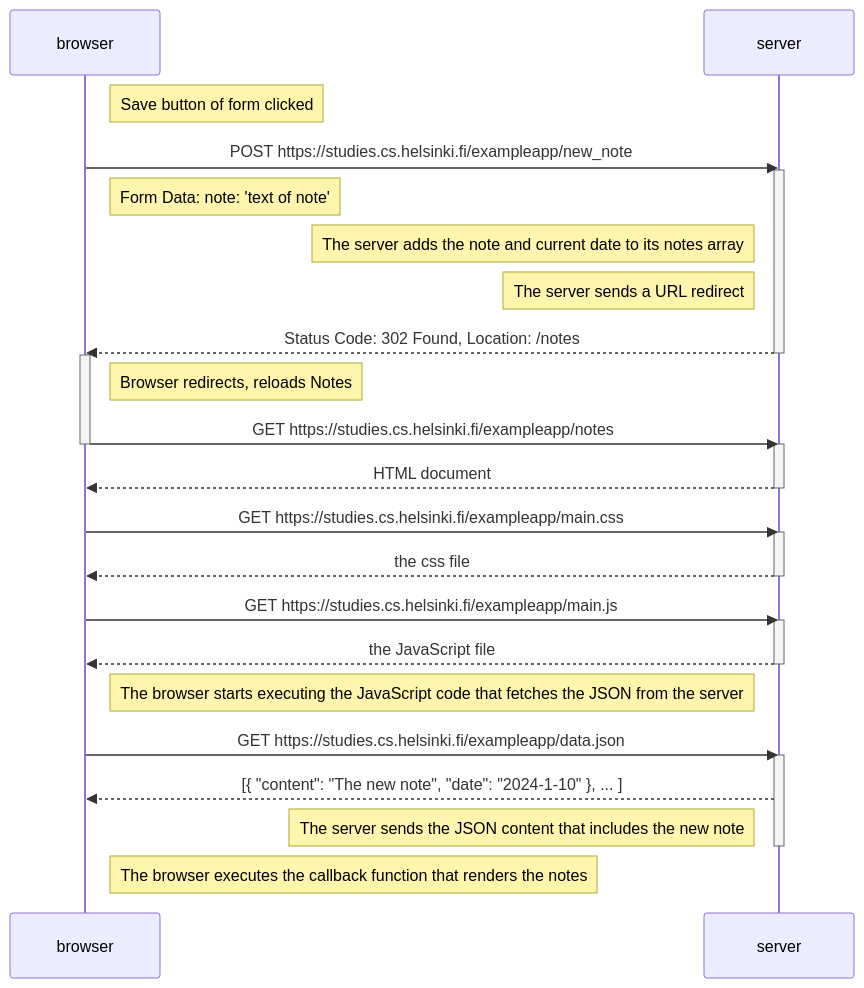
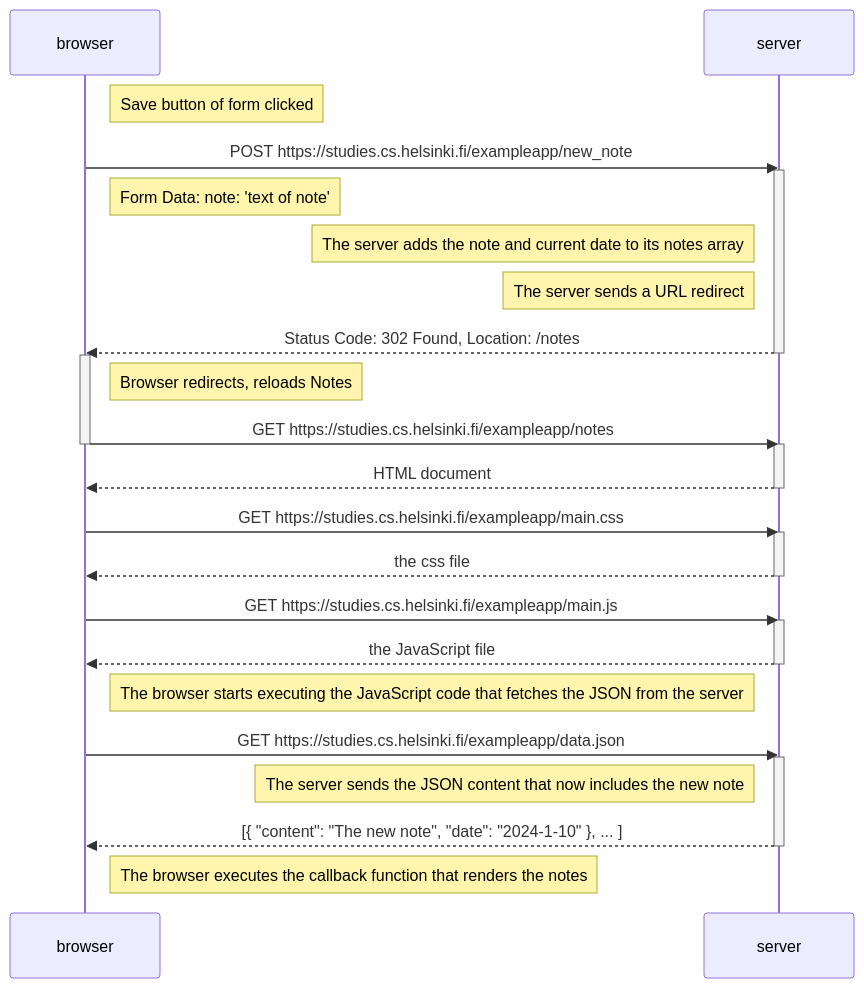
Before and after one commit to terrifricker/fullstack-phonebook-frontend: the diagram in part-0/0-4.md, drawn with Mermaid. The commit also changed 1 other file, not shown here.

Commit message:
Add Exercise 0.5
Update Exercise 0.4

Update Exercise 0.5

````diff
--- a/part-0/0-4.md
+++ b/part-0/0-4.md
@@ -2,44 +2,44 @@
 ```mermaid
 sequenceDiagram
     participant browser
     participant server
 
     Note right of browser: Save button of form clicked
     browser->>server: POST https://studies.cs.helsinki.fi/exampleapp/new_note
     activate server
     Note right of browser: Form Data: note: 'text of note'
 
     Note left of server: The server adds the note and current date to its notes array
     Note left of server: The server sends a URL redirect
     server-->>browser: Status Code: 302 Found, Location: /notes
     deactivate server
     
     activate browser
     Note right of browser: Browser redirects, reloads Notes
     browser->>server: GET https://studies.cs.helsinki.fi/exampleapp/notes
     deactivate browser
     activate server
     server-->>browser: HTML document
     deactivate server
 
     browser->>server: GET https://studies.cs.helsinki.fi/exampleapp/main.css
     activate server
     server-->>browser: the css file
     deactivate server
 
     browser->>server: GET https://studies.cs.helsinki.fi/exampleapp/main.js
     activate server
     server-->>browser: the JavaScript file
     deactivate server
 
     Note right of browser: The browser starts executing the JavaScript code that fetches the JSON from the server
 
     browser->>server: GET https://studies.cs.helsinki.fi/exampleapp/data.json
     activate server
+    Note left of server: The server sends the JSON content that now includes the new note
     server-->>browser: [{ "content": "The new note", "date": "2024-1-10" }, ... ]
-    Note left of server: The server sends the JSON content that includes the new note
     deactivate server
 
     Note right of browser: The browser executes the callback function that renders the notes
 
 ```
````
